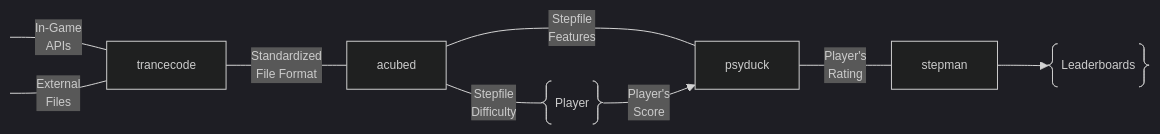
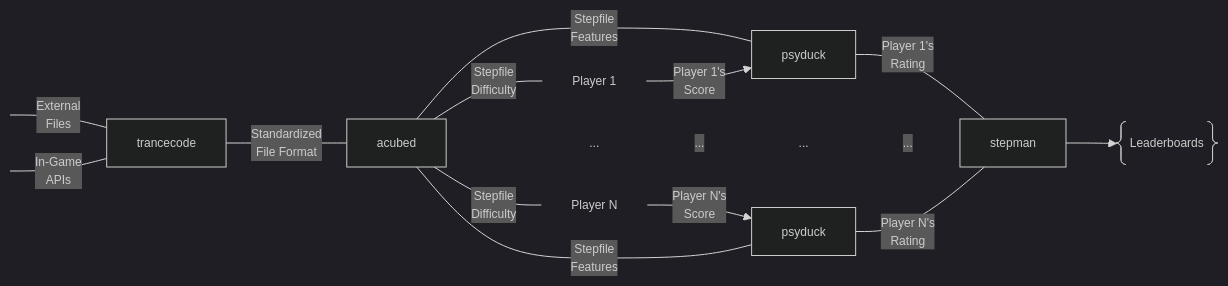
One commit to stepmanai/.github changed the diagram in profile/README.md. Above: the diagram before and after it, drawn with Mermaid.

````diff
--- a/profile/README.md
+++ b/profile/README.md
@@ -63,36 +63,55 @@
 ```mermaid
 %%{
   init: {
     'theme': 'dark',
     'themeVariables': {
       'fontFamily': 'courier',
       'fontSize': '12px'
     }
   }
 }%%
 
 flowchart LR
 
-D1 ---|Player's
-Rating| D@{ label: "stepman" } --> G@{shape: braces, label: "Leaderboards"};
-C@{ label: "acubed" }---|"Stepfile
-Features"|D1;
-B ---|Standardized
-File Format| C;
+A1[ ]---|"External
+Files"|B@{label: "trancecode" };
 A4[ ]---|"In-Game
 APIs"|B;
-A1[ ]---|"External
-Files"|B@{label: "trancecode" };
+B ---|Standardized
+File Format| C@{ label: "acubed" };
 C---|"Stepfile
-Difficulty"|F;
-F@{shape: braces, label: "Player"} -->|Player's
-Score|D1@{ label: "psyduck" };
+Features"|D1@{ label: "psyduck" };
+C---|"Stepfile
+Difficulty"|F@{ label: "Player 1" };
+F -->|Player 1's
+Score|D1;
+D1 ---|Player 1's
+Rating| D@{ label: "stepman" };
+D --> G@{shape: braces, label: "Leaderboards"};
+
+C ~~~ F3["..."] ~~~ |...| D3["..."] ~~~ |...| D@{ label: "stepman" };
+
+C---|"Stepfile
+Difficulty"|F2@{ label: "Player N" };
+F2 -->|Player N's
+Score|D2;
+C---|"Stepfile
+Features"|D2@{ label: "psyduck" };
+D2 ---|Player N's
+Rating| D@{ label: "stepman" };
+
 
 click B "https://github.com/stepmanai/trancecode";
 click C "https://github.com/stepmanai/acubed";
 click D1 "https://github.com/stepmanai/psyduck";
+click D2 "https://github.com/stepmanai/psyduck";
 click D "https://github.com/stepmanai/stepman";
 style A1 height:0px;
 style A4 height:0px;
+style D3 height:0px;
+style F3 height:0px;
+style F height:0px;
+style F2 height:0px;
+
 
 ``` 
````
